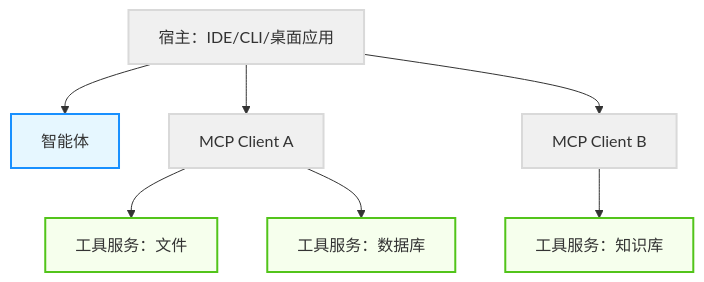
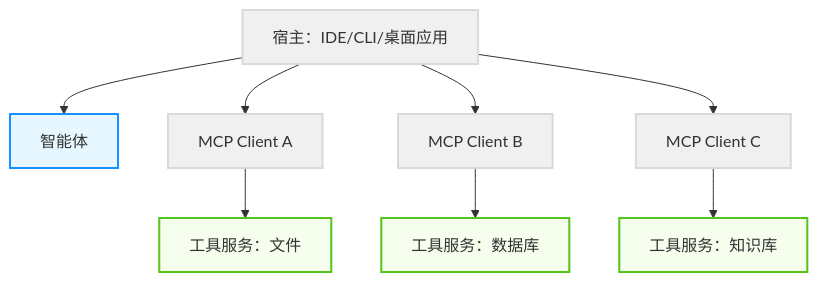
The diagram in 04_tools/4.3_mcp.md (changsongyang/agentic_ai_guide), drawn with Mermaid before and after one commit. The commit also changed other lines of this file and 6 other files, not shown here.

Commit message:
Fix MCP 1:1 diagram, Pinecone dimension, summary terms, section numbering

````diff
--- a/04_tools/4.3_mcp.md
+++ b/04_tools/4.3_mcp.md
@@ -106,13 +106,14 @@
 ```mermaid
 graph TD
     classDef agent fill:#e6f7ff,stroke:#1890ff,stroke-width:2px;
     classDef tool fill:#f6ffed,stroke:#52c41a,stroke-width:2px;
     classDef system fill:#f0f0f0,stroke:#d9d9d9,stroke-width:2px;
 
     Host[宿主：IDE/CLI/桌面应用]:::system --> Agent[智能体]:::agent
     Host --> C1[MCP Client A]:::system
     Host --> C2[MCP Client B]:::system
+    Host --> C3[MCP Client C]:::system
     C1 --> S1[工具服务：文件]:::tool
-    C1 --> S2[工具服务：数据库]:::tool
-    C2 --> S3[工具服务：知识库]:::tool
+    C2 --> S2[工具服务：数据库]:::tool
+    C3 --> S3[工具服务：知识库]:::tool
 ```
````
